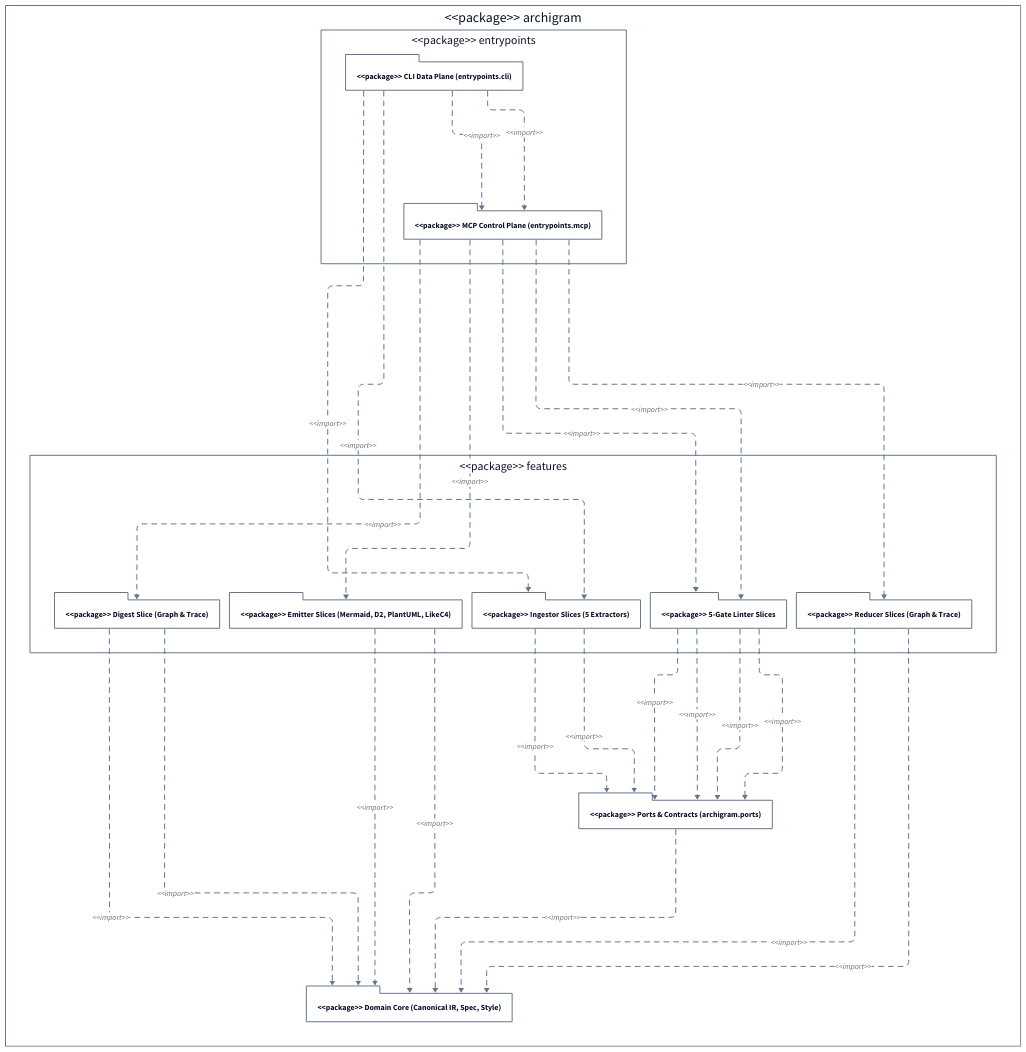
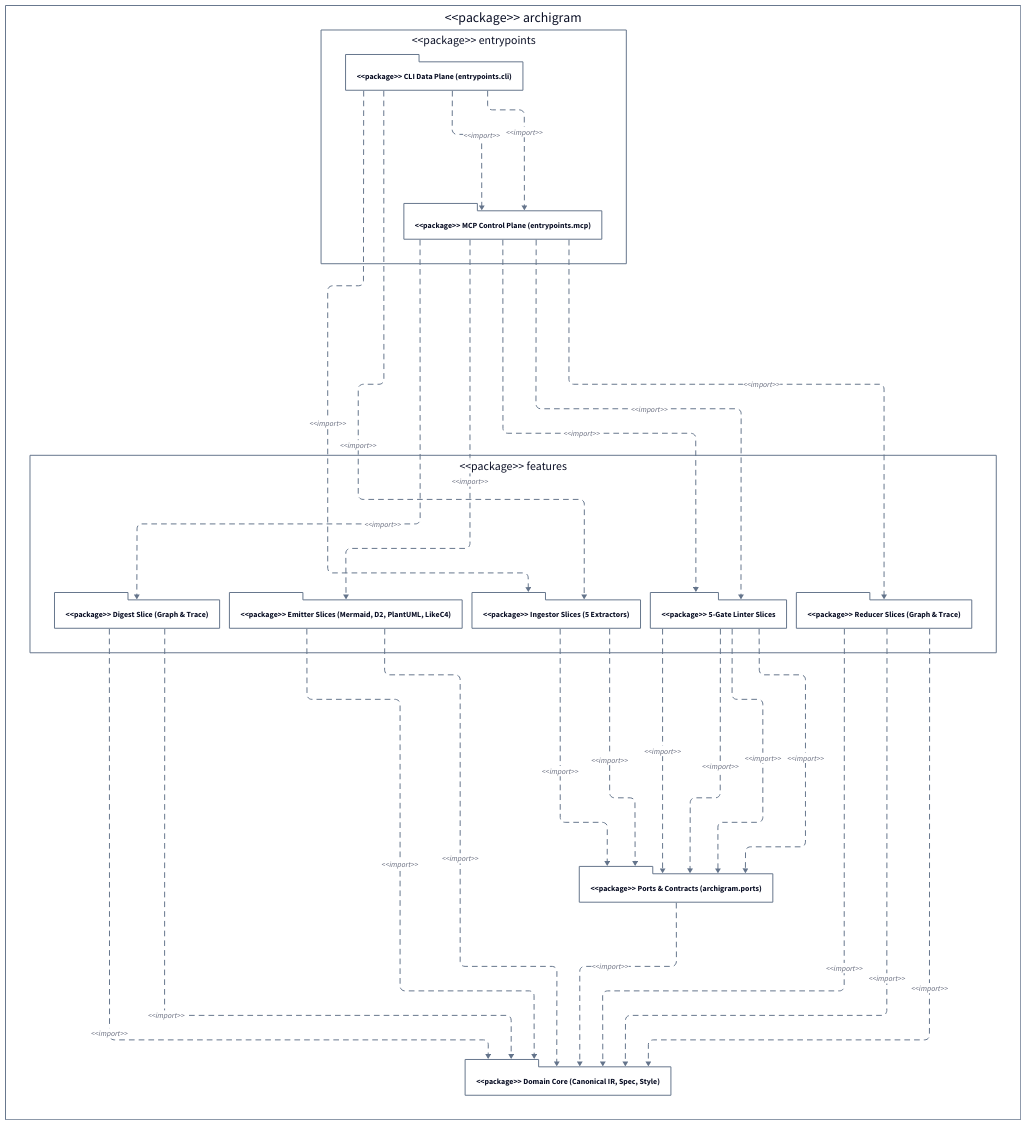
One commit to klcd/archigram changed the diagram in docs/architecture/diagrams/showcase_uml_package_d2.d2. Above: the diagram before and after it, drawn with D2. The commit also changed 28 other files, not shown here.

```diff
--- a/docs/architecture/diagrams/showcase_uml_package_d2.d2
+++ b/docs/architecture/diagrams/showcase_uml_package_d2.d2
@@ -1,155 +1,159 @@
 vars: {
   d2-config: {
     layout-engine: elk
     theme-id: 0
     dark-theme-id: 200
   }
 }
 style.fill: transparent
 
 direction: down
 archigram: "<<package>> archigram" {
   style.fill: transparent
   style.stroke: "#64748b"
   "archigram.entrypoints": "<<package>> entrypoints" {
     style.fill: transparent
     style.stroke: "#64748b"
     cli_dataplane: "<<package>> CLI Data Plane (entrypoints.cli)" {
       shape: package
       style.fill: transparent
       style.stroke: "#64748b"
     }
     mcp_controlplane: "<<package>> MCP Control Plane (entrypoints.mcp)" {
       shape: package
       style.fill: transparent
       style.stroke: "#64748b"
     }
   }
   "archigram.features": "<<package>> features" {
     style.fill: transparent
     style.stroke: "#64748b"
     feature_digest: "<<package>> Digest Slice (Graph & Trace)" {
       shape: package
       style.fill: transparent
       style.stroke: "#64748b"
     }
     feature_emitters: "<<package>> Emitter Slices (Mermaid, D2, PlantUML, LikeC4)" {
       shape: package
       style.fill: transparent
       style.stroke: "#64748b"
     }
     feature_ingestors: "<<package>> Ingestor Slices (5 Extractors)" {
       shape: package
       style.fill: transparent
       style.stroke: "#64748b"
     }
     feature_linters: "<<package>> 5-Gate Linter Slices" {
       shape: package
       style.fill: transparent
       style.stroke: "#64748b"
     }
     feature_reducers: "<<package>> Reducer Slices (Graph & Trace)" {
       shape: package
       style.fill: transparent
       style.stroke: "#64748b"
     }
   }
   domain_core: "<<package>> Domain Core (Canonical IR, Spec, Style)" {
     shape: package
     style.fill: transparent
     style.stroke: "#64748b"
   }
   ports_contracts: "<<package>> Ports & Contracts (archigram.ports)" {
     shape: package
     style.fill: transparent
     style.stroke: "#64748b"
   }
 }
 archigram."archigram.entrypoints".mcp_controlplane -> archigram."archigram.features".feature_digest: "<<import>>" {
   style.stroke: "#64748b"
   style.stroke-dash: 5
 }
 archigram."archigram.features".feature_emitters -> archigram.domain_core: "<<import>>" {
   style.stroke: "#64748b"
   style.stroke-dash: 5
 }
 archigram."archigram.features".feature_digest -> archigram.domain_core: "<<import>>" {
   style.stroke: "#64748b"
   style.stroke-dash: 5
 }
 archigram."archigram.features".feature_reducers -> archigram.domain_core: "<<import>>" {
   style.stroke: "#64748b"
   style.stroke-dash: 5
 }
 archigram.ports_contracts -> archigram.domain_core: "<<import>>" {
   style.stroke: "#64748b"
   style.stroke-dash: 5
 }
 archigram."archigram.features".feature_reducers -> archigram.domain_core: "<<import>>" {
   style.stroke: "#64748b"
   style.stroke-dash: 5
 }
+archigram."archigram.features".feature_reducers -> archigram.domain_core: "<<import>>" {
+  style.stroke: "#64748b"
+  style.stroke-dash: 5
+}
 archigram."archigram.features".feature_emitters -> archigram.domain_core: "<<import>>" {
   style.stroke: "#64748b"
   style.stroke-dash: 5
 }
 archigram."archigram.features".feature_digest -> archigram.domain_core: "<<import>>" {
   style.stroke: "#64748b"
   style.stroke-dash: 5
 }
 archigram."archigram.entrypoints".mcp_controlplane -> archigram."archigram.features".feature_emitters: "<<import>>" {
   style.stroke: "#64748b"
   style.stroke-dash: 5
 }
 archigram."archigram.entrypoints".cli_dataplane -> archigram."archigram.features".feature_ingestors: "<<import>>" {
   style.stroke: "#64748b"
   style.stroke-dash: 5
 }
 archigram."archigram.entrypoints".cli_dataplane -> archigram."archigram.features".feature_ingestors: "<<import>>" {
   style.stroke: "#64748b"
   style.stroke-dash: 5
 }
 archigram."archigram.entrypoints".mcp_controlplane -> archigram."archigram.features".feature_linters: "<<import>>" {
   style.stroke: "#64748b"
   style.stroke-dash: 5
 }
 archigram."archigram.entrypoints".mcp_controlplane -> archigram."archigram.features".feature_linters: "<<import>>" {
   style.stroke: "#64748b"
   style.stroke-dash: 5
 }
 archigram."archigram.entrypoints".cli_dataplane -> archigram."archigram.entrypoints".mcp_controlplane: "<<import>>" {
   style.stroke: "#64748b"
   style.stroke-dash: 5
 }
 archigram."archigram.entrypoints".cli_dataplane -> archigram."archigram.entrypoints".mcp_controlplane: "<<import>>" {
   style.stroke: "#64748b"
   style.stroke-dash: 5
 }
 archigram."archigram.features".feature_ingestors -> archigram.ports_contracts: "<<import>>" {
   style.stroke: "#64748b"
   style.stroke-dash: 5
 }
 archigram."archigram.features".feature_linters -> archigram.ports_contracts: "<<import>>" {
   style.stroke: "#64748b"
   style.stroke-dash: 5
 }
 archigram."archigram.features".feature_linters -> archigram.ports_contracts: "<<import>>" {
   style.stroke: "#64748b"
   style.stroke-dash: 5
 }
 archigram."archigram.features".feature_linters -> archigram.ports_contracts: "<<import>>" {
   style.stroke: "#64748b"
   style.stroke-dash: 5
 }
 archigram."archigram.features".feature_ingestors -> archigram.ports_contracts: "<<import>>" {
   style.stroke: "#64748b"
   style.stroke-dash: 5
 }
 archigram."archigram.features".feature_linters -> archigram.ports_contracts: "<<import>>" {
   style.stroke: "#64748b"
   style.stroke-dash: 5
 }
 archigram."archigram.entrypoints".mcp_controlplane -> archigram."archigram.features".feature_reducers: "<<import>>" {
   style.stroke: "#64748b"
   style.stroke-dash: 5
 }
```
